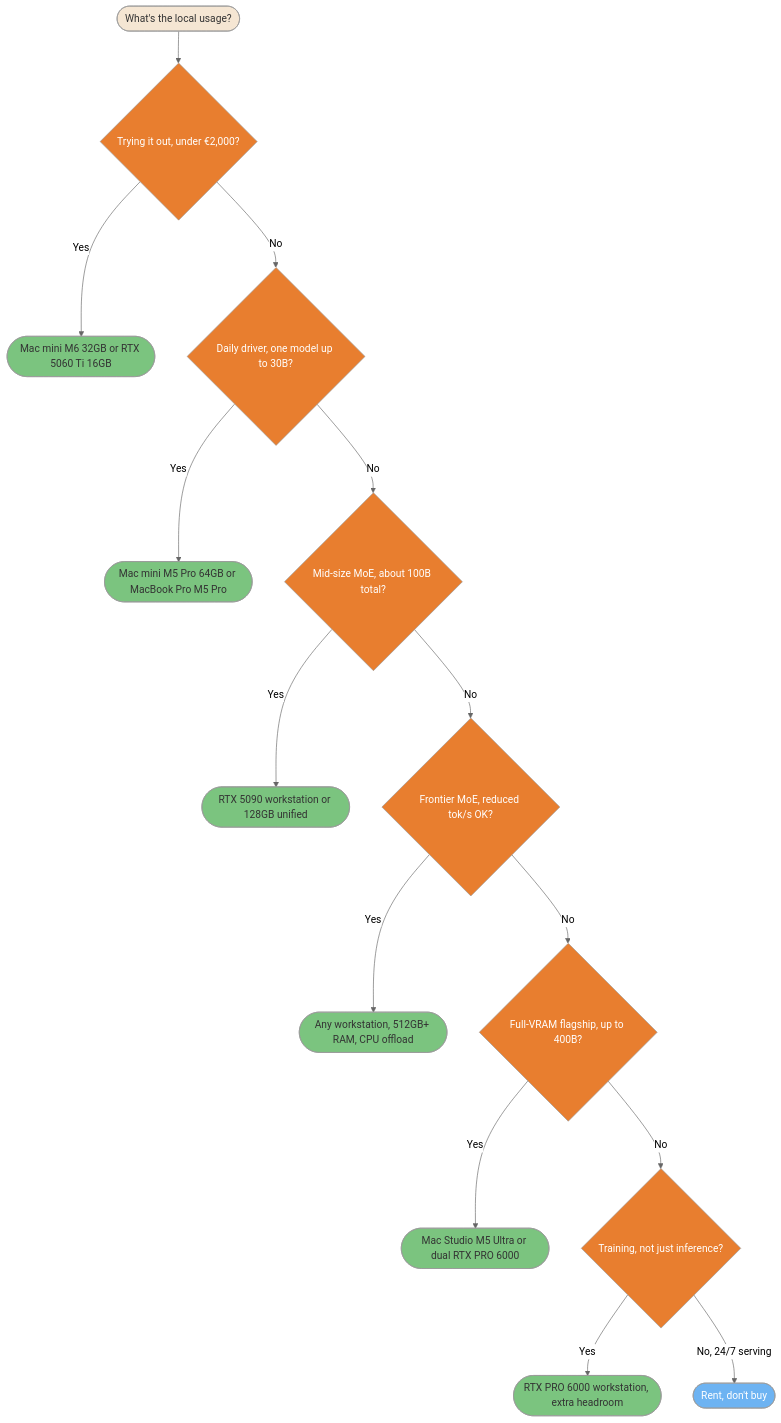
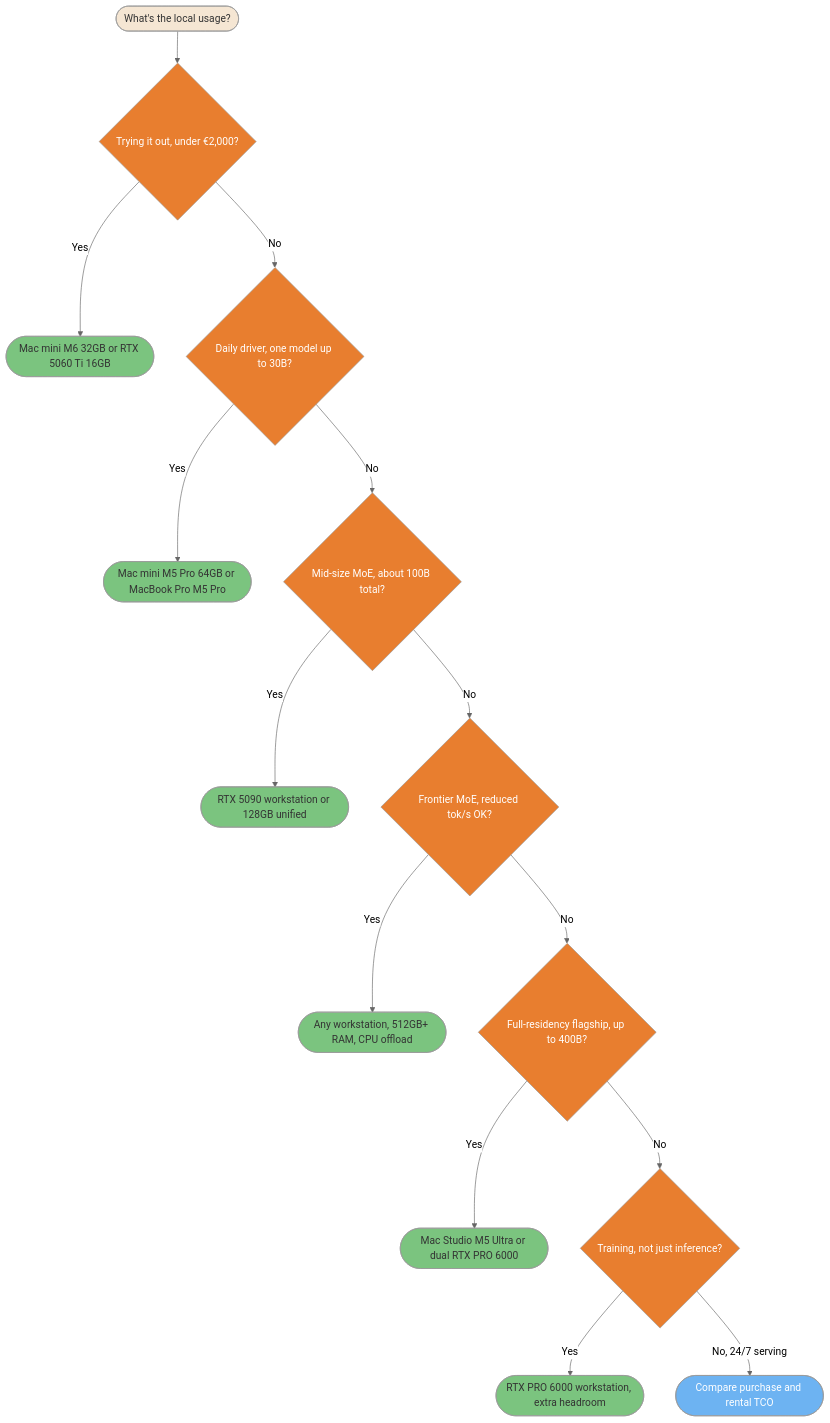
One commit to FlorianBruniaux/claude-code-ultimate-guide changed the first of 2 diagrams in guide/ecosystem/local-vs-cloud-inference.md. Above: the diagram before and after it, drawn with Mermaid (neutral theme). The commit also changed other lines of this file and 1 other file, not shown here.

````diff
--- a/guide/ecosystem/local-vs-cloud-inference.md
+++ b/guide/ecosystem/local-vs-cloud-inference.md
@@ -133,45 +153,45 @@
 ```mermaid
 flowchart TD
     A([What's the local usage?]) --> B{Trying it out, under €2,000?}
 
     B -->|Yes| C([Mac mini M6 32GB or RTX 5060 Ti 16GB])
     B -->|No| D{Daily driver, one model up to 30B?}
 
     D -->|Yes| E([Mac mini M5 Pro 64GB or MacBook Pro M5 Pro])
     D -->|No| F{Mid-size MoE, about 100B total?}
 
     F -->|Yes| G([RTX 5090 workstation or 128GB unified])
     F -->|No| H{Frontier MoE, reduced tok/s OK?}
 
     H -->|Yes| I([Any workstation, 512GB+ RAM, CPU offload])
-    H -->|No| J{Full-VRAM flagship, up to 400B?}
+    H -->|No| J{Full-residency flagship, up to 400B?}
 
     J -->|Yes| K([Mac Studio M5 Ultra or dual RTX PRO 6000])
     J -->|No| L{Training, not just inference?}
 
     L -->|Yes| M([RTX PRO 6000 workstation, extra headroom])
-    L -->|No, 24/7 serving| N([Rent, don't buy])
+    L -->|No, 24/7 serving| N([Compare purchase and rental TCO])
 
     style A fill:#F5E6D3,color:#333
     style B fill:#E87E2F,color:#fff
     style D fill:#E87E2F,color:#fff
     style F fill:#E87E2F,color:#fff
     style H fill:#E87E2F,color:#fff
     style J fill:#E87E2F,color:#fff
     style L fill:#E87E2F,color:#fff
     style C fill:#7BC47F,color:#333
     style E fill:#7BC47F,color:#333
     style G fill:#7BC47F,color:#333
     style I fill:#7BC47F,color:#333
     style K fill:#7BC47F,color:#333
     style M fill:#7BC47F,color:#333
     style N fill:#6DB3F2,color:#fff
 
     click C href "#thirteen-comparable-hardware-configurations" "Entry tier"
     click E href "#thirteen-comparable-hardware-configurations" "Daily driver tier"
     click G href "#what-actually-fits-named-models" "Mid-size MoE tier"
     click I href "#what-actually-fits-named-models" "CPU-offload MoE serving"
-    click K href "#what-actually-fits-named-models" "Full-VRAM flagship tier"
+    click K href "#what-actually-fits-named-models" "Full-residency flagship tier"
     click M href "#thirteen-comparable-hardware-configurations" "Training headroom"
-    click N href "#cloud-gpu-rental-pricing" "Rent instead of buy"
+    click N href "#one-year-cost-projections" "Compare total cost"
 ```
````
